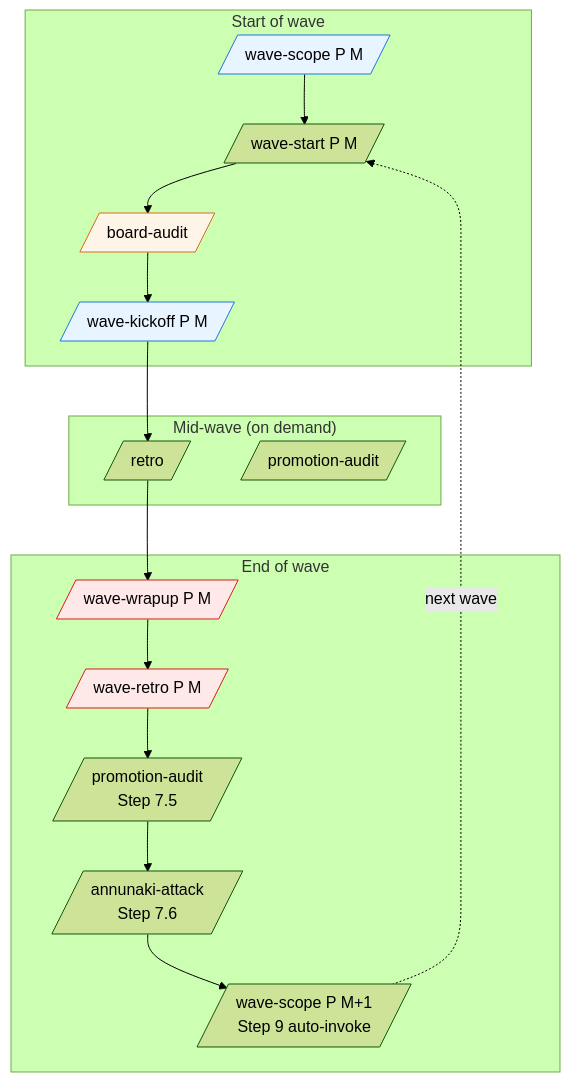
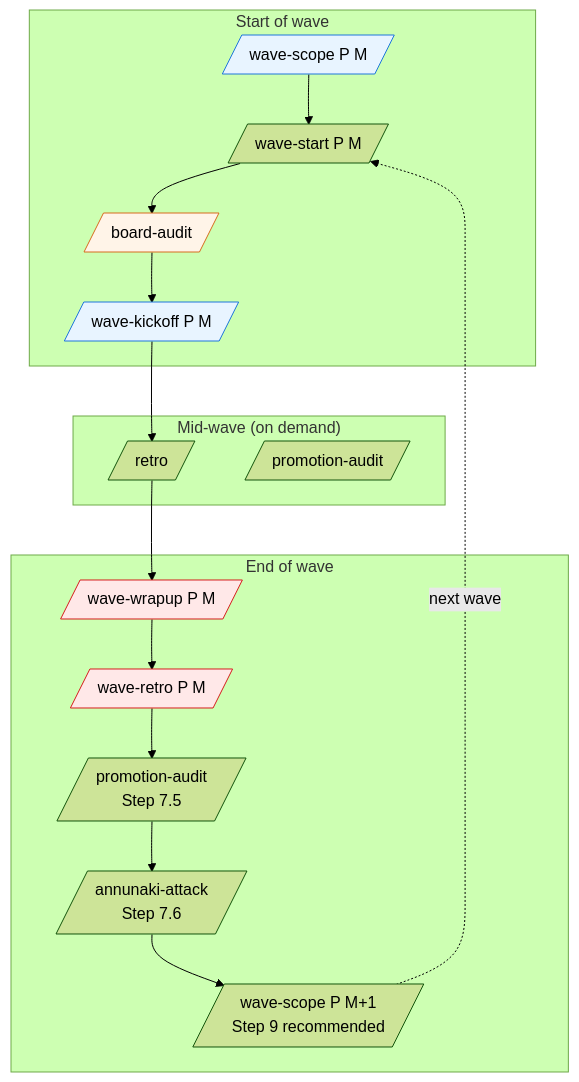
Before and after one commit to noorinalabs/noorinalabs-main: the second of 3 diagrams in .claude/team/lifecycle.md, drawn with Mermaid (forest theme). The commit also changed other lines of this file and 6 other files, not shown here.

First line of the commit message:
process(#1022): trim low-value-per-token ceremony (librarian throttle, phase-review + wave-scope gates)

````diff
--- a/.claude/team/lifecycle.md
+++ b/.claude/team/lifecycle.md
@@ -45,37 +45,37 @@
 ```mermaid
 flowchart TD
     subgraph "Start of wave"
         WS1[/wave-scope P M/]
         WS2[/wave-start P M/]
         WS3[/board-audit/]
         WS4[/wave-kickoff P M/]
         WS1 --> WS2 --> WS3 --> WS4
     end
 
     subgraph "Mid-wave (on demand)"
         M1[/retro/]
         M2[/promotion-audit/]
     end
 
     subgraph "End of wave"
         WE1[/wave-wrapup P M/]
         WE2[/wave-retro P M/]
         WE2_5[/promotion-audit<br/>Step 7.5/]
         WE2_6[/annunaki-attack<br/>Step 7.6/]
-        WE3[/wave-scope P M+1<br/>Step 9 auto-invoke/]
+        WE3[/wave-scope P M+1<br/>Step 9 recommended/]
         WE1 --> WE2
         WE2 --> WE2_5
         WE2_5 --> WE2_6
         WE2_6 --> WE3
     end
 
     WS4 --> M1
     M1 --> WE1
     WE3 -.->|next wave| WS2
 
     style WS1 fill:#e8f4ff,stroke:#1d76db
     style WS3 fill:#fff4e8,stroke:#d76b1d
     style WS4 fill:#e8f4ff,stroke:#1d76db
     style WE1 fill:#ffe8e8,stroke:#d61d1d
     style WE2 fill:#ffe8e8,stroke:#d61d1d
 ```
````
